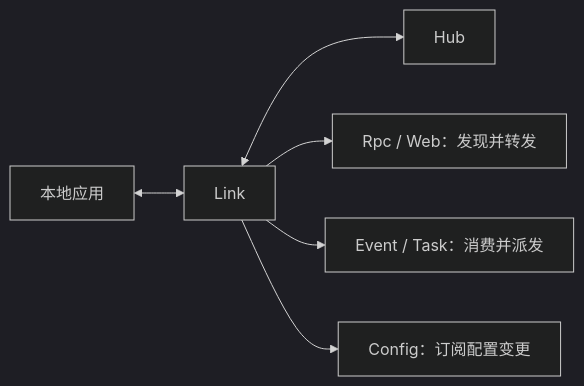
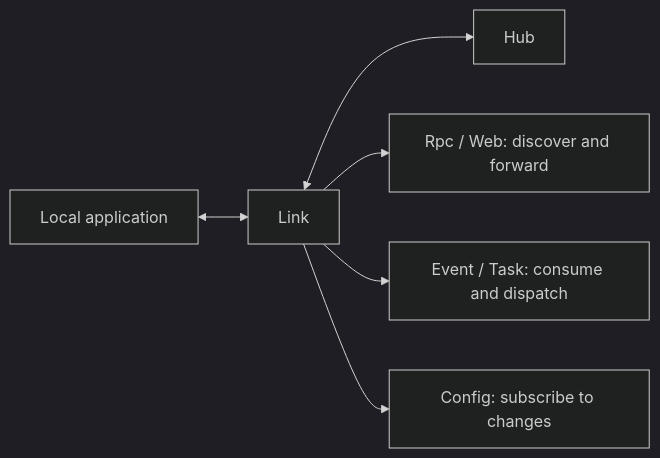
Before and after one commit to yorun-ai/vine-site: the diagram in docs/runtime/link.md, drawn with Mermaid (dark theme). The commit also changed other lines of this file and 107 other files, not shown here.

````diff
--- a/docs/runtime/link.md
+++ b/docs/runtime/link.md
@@ -9,7 +9,7 @@
 ```mermaid
 flowchart LR
-  App["本地应用"] <--> Link["Link"] <--> Hub["Hub"]
-  Link --> RpcWeb["Rpc / Web：发现并转发"]
-  Link --> EventTask["Event / Task：消费并派发"]
-  Link --> Config["Config：订阅配置变更"]
+  App["Local application"] <--> Link["Link"] <--> Hub["Hub"]
+  Link --> RpcWeb["Rpc / Web: discover and forward"]
+  Link --> EventTask["Event / Task: consume and dispatch"]
+  Link --> Config["Config: subscribe to changes"]
 ```
````
